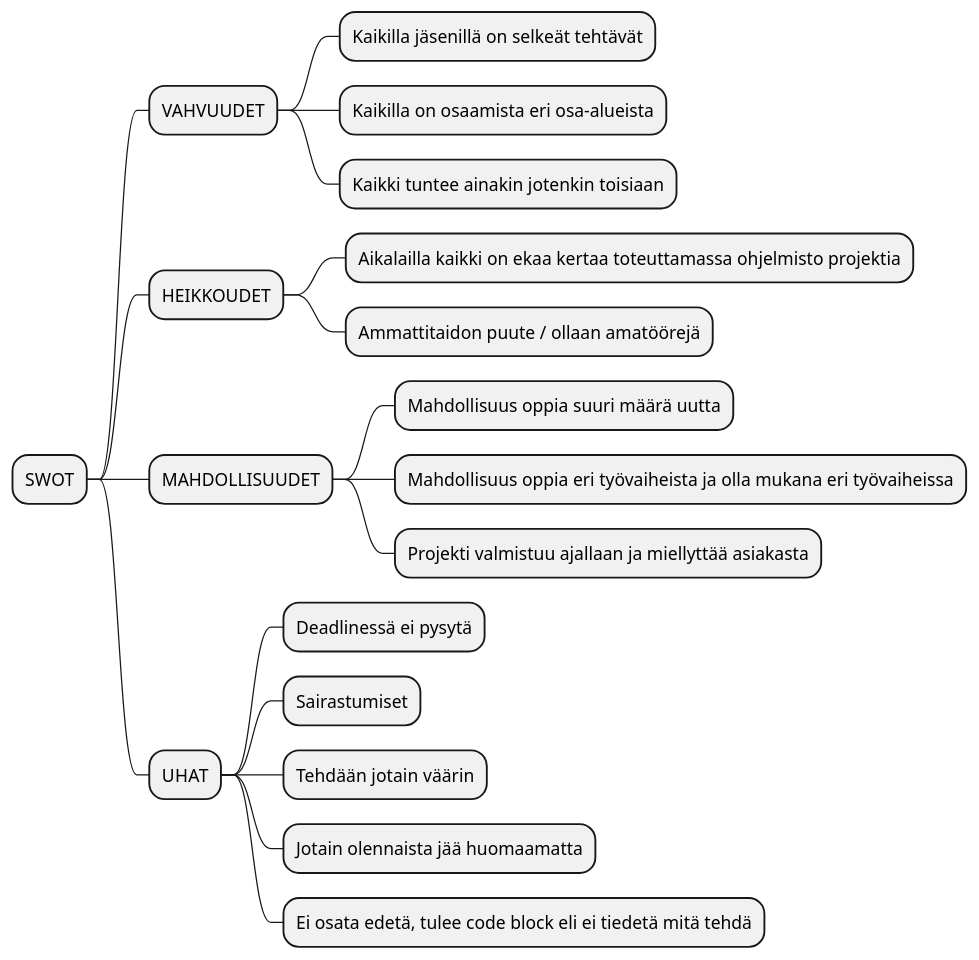
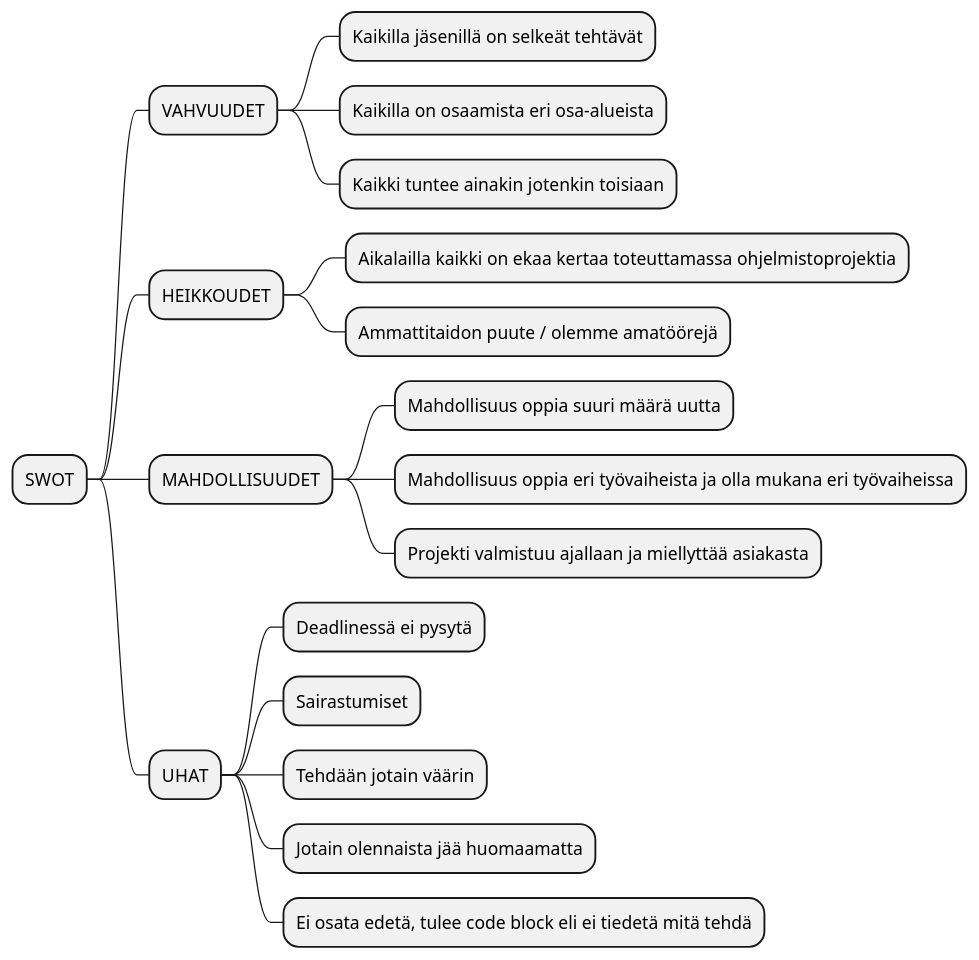
Before and after one commit to M11k4/DynamiittiOrava: the first of 3 diagrams in dokumentit/10-Projektihallinta/tiivistetty-projektisuunnitelma.md, drawn with PlantUML. The commit also changed other lines of this file, not shown here.

````diff
--- a/dokumentit/10-Projektihallinta/tiivistetty-projektisuunnitelma.md
+++ b/dokumentit/10-Projektihallinta/tiivistetty-projektisuunnitelma.md
@@ -80,22 +80,22 @@
 ```plantuml
 @startmindmap
 + SWOT
 ++ VAHVUUDET
 +++ Kaikilla jäsenillä on selkeät tehtävät
 +++ Kaikilla on osaamista eri osa-alueista
 +++ Kaikki tuntee ainakin jotenkin toisiaan
 ++ HEIKKOUDET
-+++ Aikalailla kaikki on ekaa kertaa toteuttamassa ohjelmisto projektia
-+++ Ammattitaidon puute / ollaan amatöörejä
++++ Aikalailla kaikki on ekaa kertaa toteuttamassa ohjelmistoprojektia
++++ Ammattitaidon puute / olemme amatöörejä
 ++ MAHDOLLISUUDET
 +++ Mahdollisuus oppia suuri määrä uutta
 +++ Mahdollisuus oppia eri työvaiheista ja olla mukana eri työvaiheissa
 +++ Projekti valmistuu ajallaan ja miellyttää asiakasta
 ++ UHAT
 +++ Deadlinessä ei pysytä
 +++ Sairastumiset
 +++ Tehdään jotain väärin
 +++ Jotain olennaista jää huomaamatta
 +++ Ei osata edetä, tulee code block eli ei tiedetä mitä tehdä
 @endmindmap
 ```
````
